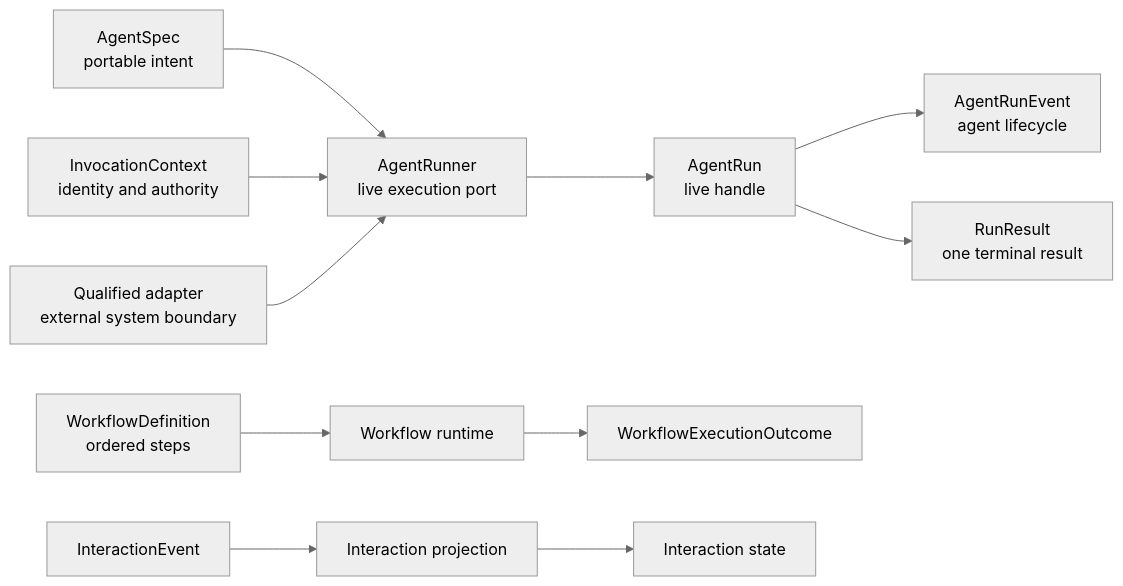
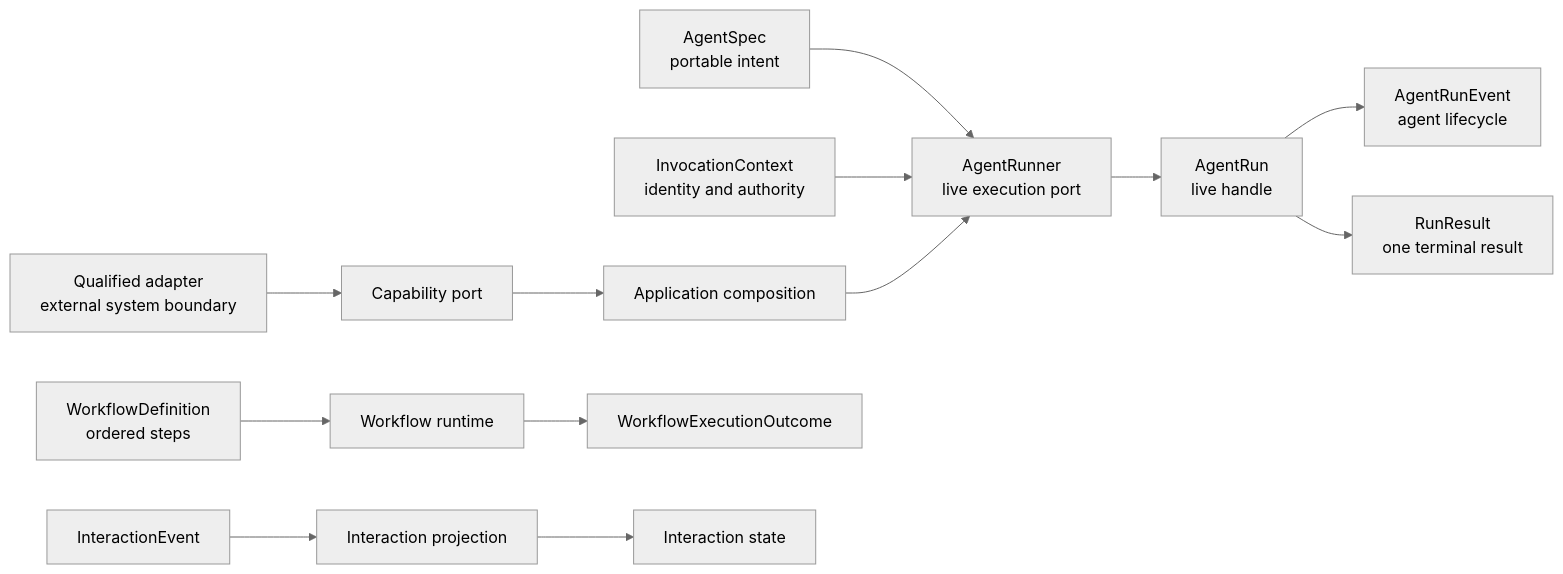
One commit to theGeekist/llm-core changed the first of 2 diagrams in docs/guide/core-concepts.md. Above: the diagram before and after it, drawn with Mermaid (neutral theme). The commit also changed other lines of this file and 36 other files, not shown here.

Commit message:
docs(llm-core): correct v2 architecture guidance

````diff
--- a/docs/guide/core-concepts.md
+++ b/docs/guide/core-concepts.md
@@ -22,15 +23,17 @@
 ```mermaid
 flowchart LR
     Spec["AgentSpec<br/>portable intent"] --> Runner["AgentRunner<br/>live execution port"]
     Context["InvocationContext<br/>identity and authority"] --> Runner
-    Adapter["Qualified adapter<br/>external system boundary"] --> Runner
+    Adapter["Qualified adapter<br/>external system boundary"] --> Port["Capability port"]
+    Port --> Composition["Application composition"]
+    Composition --> Runner
     Runner --> Run["AgentRun<br/>live handle"]
     Run --> AgentEvents["AgentRunEvent<br/>agent lifecycle"]
     Run --> Result["RunResult<br/>one terminal result"]
 
     Definition["WorkflowDefinition<br/>ordered steps"] --> Runtime["Workflow runtime"]
     Runtime --> Outcome["WorkflowExecutionOutcome"]
 
     Canonical["InteractionEvent"] --> Projection["Interaction projection"]
     Projection --> State["Interaction state"]
 ```
````
